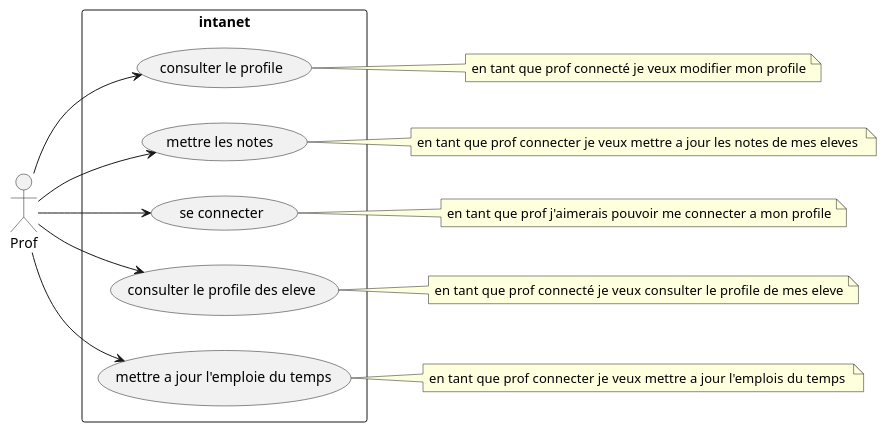
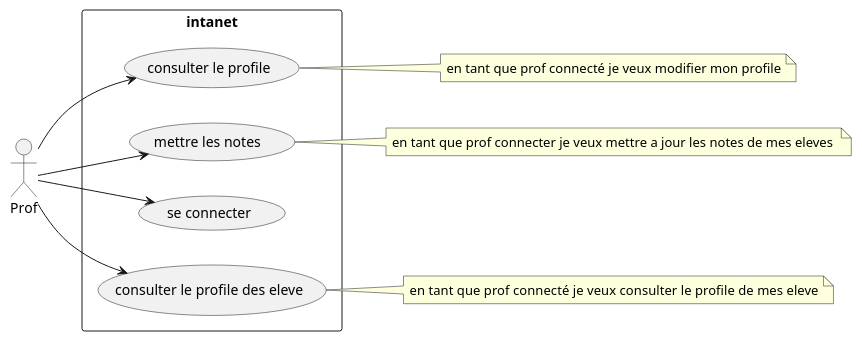
The diagram in Diagramme/UserStoryProf.puml (fledgless/Poudlard), drawn with PlantUML before and after one commit. The commit also changed 4 other files, not shown here.

```diff
--- a/Diagramme/UserStoryProf.puml
+++ b/Diagramme/UserStoryProf.puml
@@ -1,36 +1,32 @@
 @startuml
 
 left to right direction
 actor "Prof" as p
 rectangle intanet {
   usecase "consulter le profile" as uc1
   usecase "mettre les notes " as uc2
   usecase "se connecter" as uc3
   usecase "consulter le profile des eleve" as uc4
-  usecase "mettre a jour l'emploie du temps" as uc5
+
 }
 p --> uc1
 p-->uc2
 p-->uc3
 
 p-->uc4
 
-p-->uc5
+
 
 
 note right of (uc1)
 en tant que prof connecté je veux modifier mon profile
 end note
-note right of (uc5)
-en tant que prof connecter je veux  mettre a jour l'emplois du temps 
-end note
+
 note right of (uc4)
 en tant que prof connecté je veux consulter le  profile de mes eleve
 end note
 note right of (uc2) 
 en tant que prof connecter je veux mettre a jour les notes de mes eleves 
 end note
-note right of (uc3)
-en tant que prof j'aimerais pouvoir me connecter a mon profile
-end note
+
 @enduml
```
